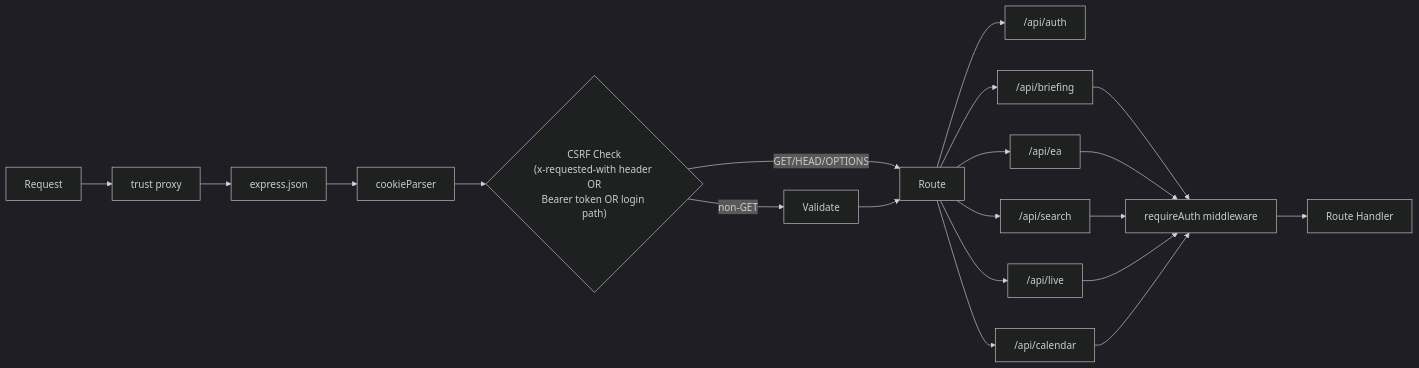
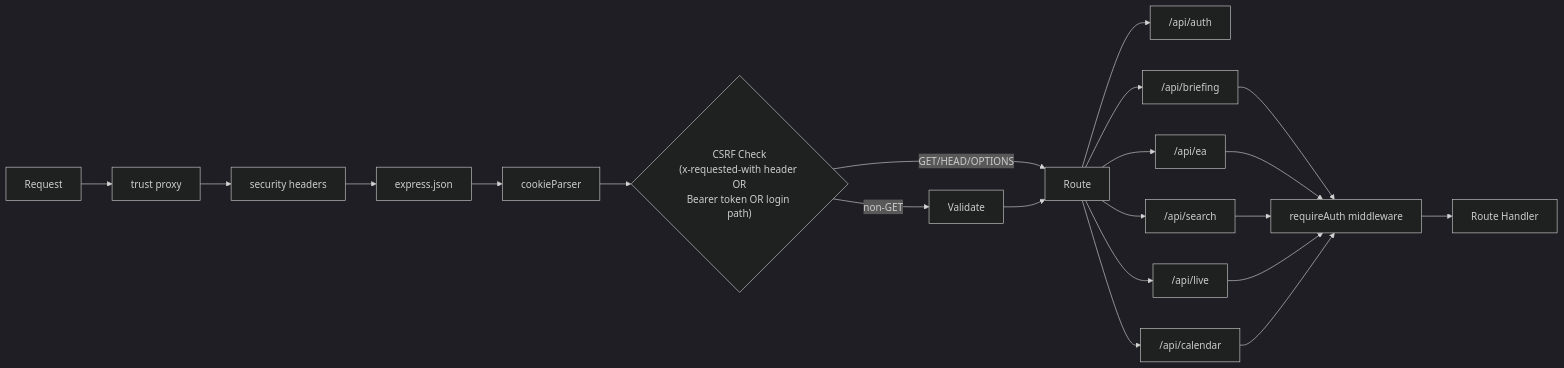
One commit to ansidian/ea-dashboard changed the fourth of 7 diagrams in ARCHITECTURE.md. Above: the diagram before and after it, drawn with Mermaid (dark theme). The commit also changed other lines of this file and 12 other files, not shown here.

````diff
--- a/ARCHITECTURE.md
+++ b/ARCHITECTURE.md
@@ -280,24 +280,25 @@
 ```mermaid
 graph LR
     Request --> TP[trust proxy]
-    TP --> JSON[express.json]
+    TP --> Sec[security headers]
+    Sec --> JSON[express.json]
     JSON --> Cookie[cookieParser]
     Cookie --> CSRF{"CSRF Check\n(x-requested-with header OR\nBearer token OR login path)"}
     CSRF -->|non-GET| Validate
     CSRF -->|GET/HEAD/OPTIONS| Route
     Validate --> Route
 
     Route --> Auth["/api/auth"]
     Route --> Briefing["/api/briefing"]
     Route --> EA["/api/ea"]
     Route --> Search["/api/search"]
     Route --> Live["/api/live"]
     Route --> Cal["/api/calendar"]
 
     Briefing --> ReqAuth[requireAuth middleware]
     EA --> ReqAuth
     Search --> ReqAuth
     Live --> ReqAuth
     Cal --> ReqAuth
     ReqAuth --> Handler[Route Handler]
 ```
````
